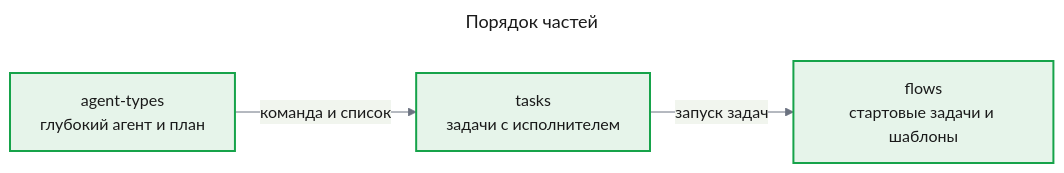
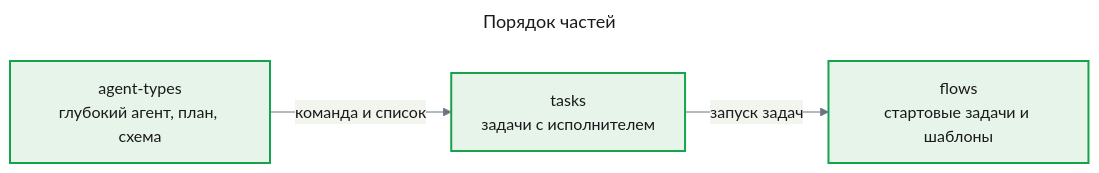
Before and after one commit to tundraray/agent-os: the seventh of 7 diagrams in docs/features/deep-agents/prd.md, drawn with Mermaid. The commit also changed other lines of this file, not shown here.

````diff
--- a/docs/features/deep-agents/prd.md
+++ b/docs/features/deep-agents/prd.md
@@ -505,23 +593,23 @@
 ```mermaid
 ---
 title: "Порядок частей"
 config:
   theme: base
   look: classic
   themeVariables:
     primaryColor: "#eef1f5"
     primaryBorderColor: "#4b5563"
     primaryTextColor: "#1a1a1a"
     lineColor: "#6b7280"
   flowchart:
     curve: step
 ---
 flowchart LR
-    types["agent-types<br/>глубокий агент и план"]
+    types["agent-types<br/>глубокий агент, план, схема"]
     tasks["tasks<br/>задачи с исполнителем"]
     flows["flows<br/>стартовые задачи и шаблоны"]
     types -->|"команда и список"| tasks
     tasks -->|"запуск задач"| flows
     classDef new fill:#e6f4ea,stroke:#16a34a,stroke-width:2px,color:#1a1a1a
     class types,tasks,flows new
 ```
````
